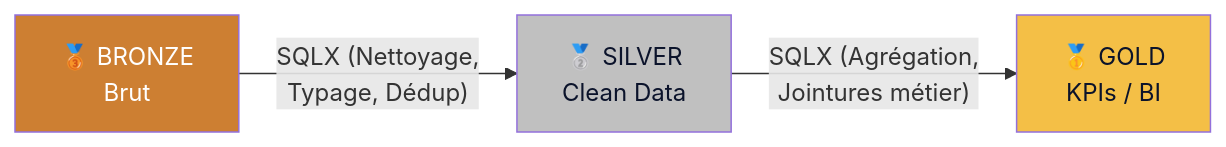
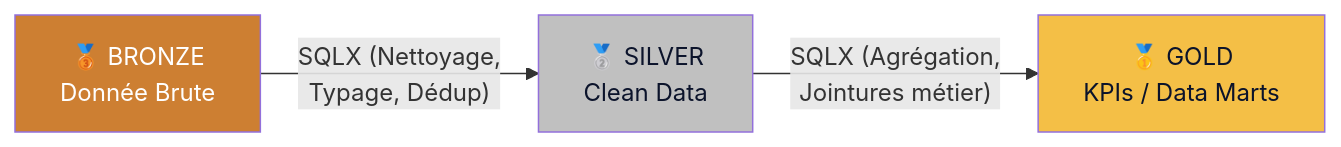
Before and after one commit to maxencenho-cloud/data-platform-runbook: the fifth of 7 diagrams in docs/ATELIER_01_ARCHITECTURE.md, drawn with Mermaid. The commit also changed other lines of this file, not shown here.

Commit message:
docs: enhance architecture documentation with detailed diagrams and step-by-step implementation guides

````diff
--- a/docs/ATELIER_01_ARCHITECTURE.md
+++ b/docs/ATELIER_01_ARCHITECTURE.md
@@ -102,9 +176,9 @@
 ```mermaid
 graph LR
-    B["🥉 BRONZE<br/>Brut"] -->|"SQLX (Nettoyage,<br/>Typage, Dédup)"| S["🥈 SILVER<br/>Clean Data"]
-    S -->|"SQLX (Agrégation,<br/>Jointures métier)"| G["🥇 GOLD<br/>KPIs / BI"]
+    B["🥉 BRONZE<br/>Donnée Brute"] -->|"SQLX (Nettoyage,<br/>Typage, Dédup)"| S["🥈 SILVER<br/>Clean Data"]
+    S -->|"SQLX (Agrégation,<br/>Jointures métier)"| G["🥇 GOLD<br/>KPIs / Data Marts"]
     
     style B fill:#cd7f32,color:#fff
     style S fill:#c0c0c0,color:#0b132b
     style G fill:#F4BF46,color:#0b132b
 ```
````
